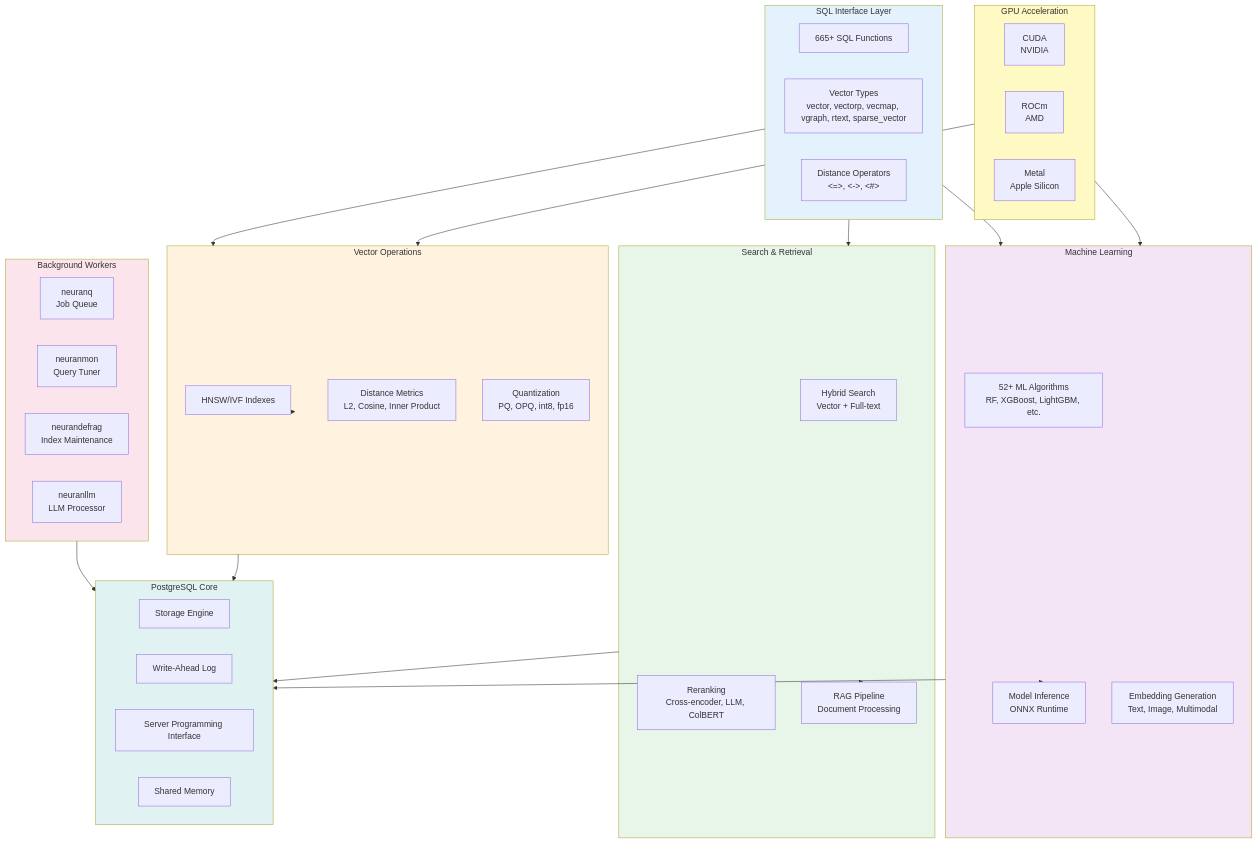
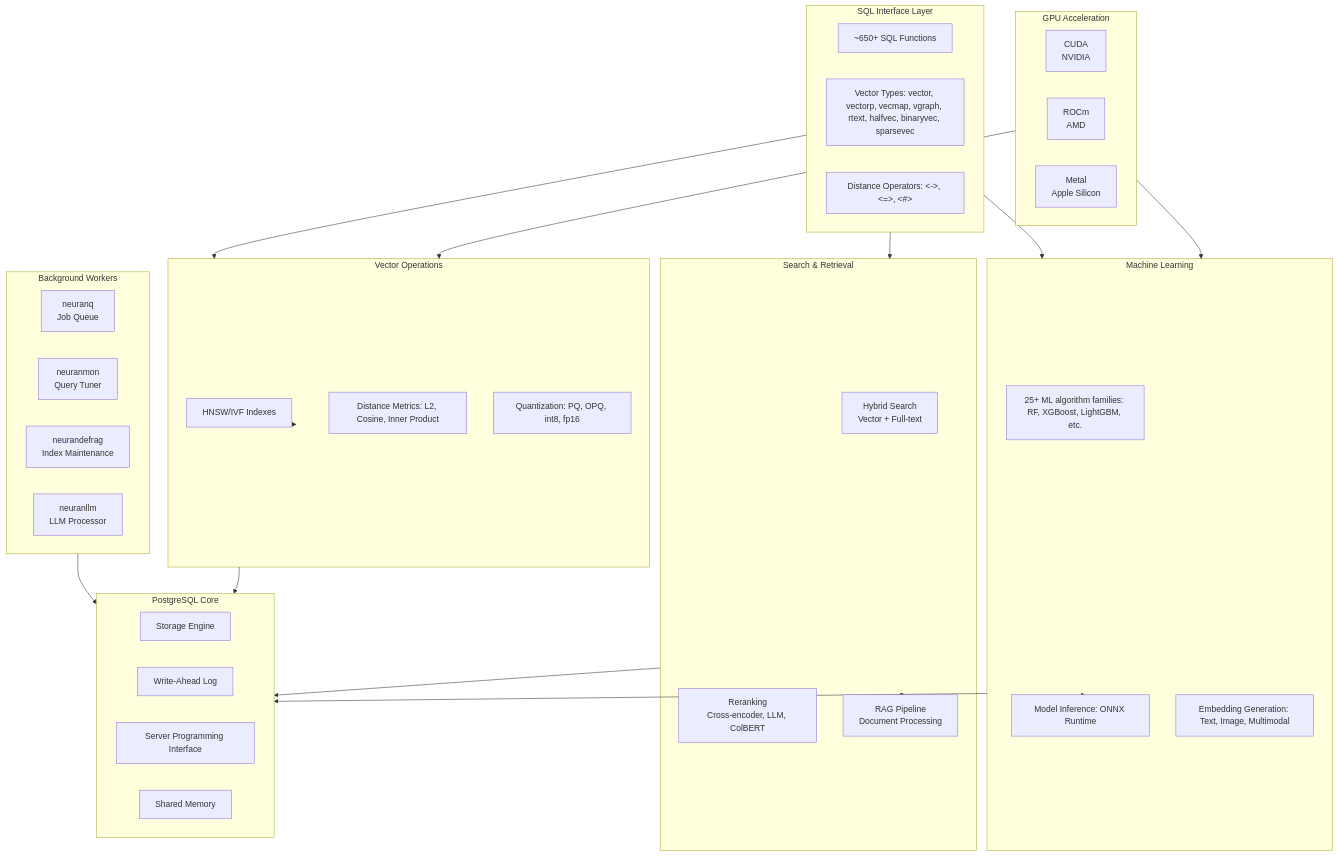
Before and after one commit to neurondb/neurondb: the first of 3 diagrams in README.md, drawn with Mermaid. The commit also changed other lines of this file and 78 other files, not shown here.

````diff
--- a/README.md
+++ b/README.md
@@ -211,67 +212,59 @@
 ```mermaid
 graph TB
     subgraph SQL["SQL Interface Layer"]
-        FUNC[665+ SQL Functions]
-        TYPES[Vector Types<br/>vector, vectorp, vecmap, vgraph, rtext, sparse_vector]
-        OPS[Distance Operators<br/><=>, <->, <#>]
+        FUNC["~650+ SQL Functions"]
+        TYPES["Vector Types: vector, vectorp, vecmap, vgraph, rtext, halfvec, binaryvec, sparsevec"]
+        OPS["Distance Operators: <->, <=>, <#>"]
     end
     
     subgraph VECTOR["Vector Operations"]
-        INDEX[HNSW/IVF Indexes]
-        DIST[Distance Metrics<br/>L2, Cosine, Inner Product]
-        QUANT[Quantization<br/>PQ, OPQ, int8, fp16]
+        INDEX["HNSW/IVF Indexes"]
+        DIST["Distance Metrics: L2, Cosine, Inner Product"]
+        QUANT["Quantization: PQ, OPQ, int8, fp16"]
     end
     
     subgraph ML["Machine Learning"]
-        ALGO[52+ ML Algorithms<br/>RF, XGBoost, LightGBM, etc.]
-        INFER[Model Inference<br/>ONNX Runtime]
-        EMBED[Embedding Generation<br/>Text, Image, Multimodal]
+        ALGO["25+ ML algorithm families: RF, XGBoost, LightGBM, etc."]
+        INFER["Model Inference: ONNX Runtime"]
+        EMBED["Embedding Generation: Text, Image, Multimodal"]
     end
     
     subgraph SEARCH["Search & Retrieval"]
         HYBRID[Hybrid Search<br/>Vector + Full-text]
         RERANK[Reranking<br/>Cross-encoder, LLM, ColBERT]
         RAG[RAG Pipeline<br/>Document Processing]
     end
     
     subgraph WORKERS["Background Workers"]
         NEURANQ[neuranq<br/>Job Queue]
         NEURANMON[neuranmon<br/>Query Tuner]
         NEURANDEFRAG[neurandefrag<br/>Index Maintenance]
         NEURANLLM[neuranllm<br/>LLM Processor]
     end
     
     subgraph GPU["GPU Acceleration"]
         CUDA[CUDA<br/>NVIDIA]
         ROCM[ROCm<br/>AMD]
         METAL[Metal<br/>Apple Silicon]
     end
     
     subgraph PG["PostgreSQL Core"]
         STORAGE[Storage Engine]
         WAL[Write-Ahead Log]
         SPI[Server Programming Interface]
         SHMEM[Shared Memory]
     end
     
     SQL --> VECTOR
     SQL --> ML
     SQL --> SEARCH
     VECTOR --> INDEX
     ML --> INFER
     SEARCH --> RAG
     WORKERS --> PG
     GPU --> VECTOR
     GPU --> ML
     VECTOR --> PG
     ML --> PG
     SEARCH --> PG
-    
-    style SQL fill:#e3f2fd
-    style VECTOR fill:#fff3e0
-    style ML fill:#f3e5f5
-    style SEARCH fill:#e8f5e9
-    style WORKERS fill:#fce4ec
-    style GPU fill:#fff9c4
-    style PG fill:#e0f2f1
 ```
````
